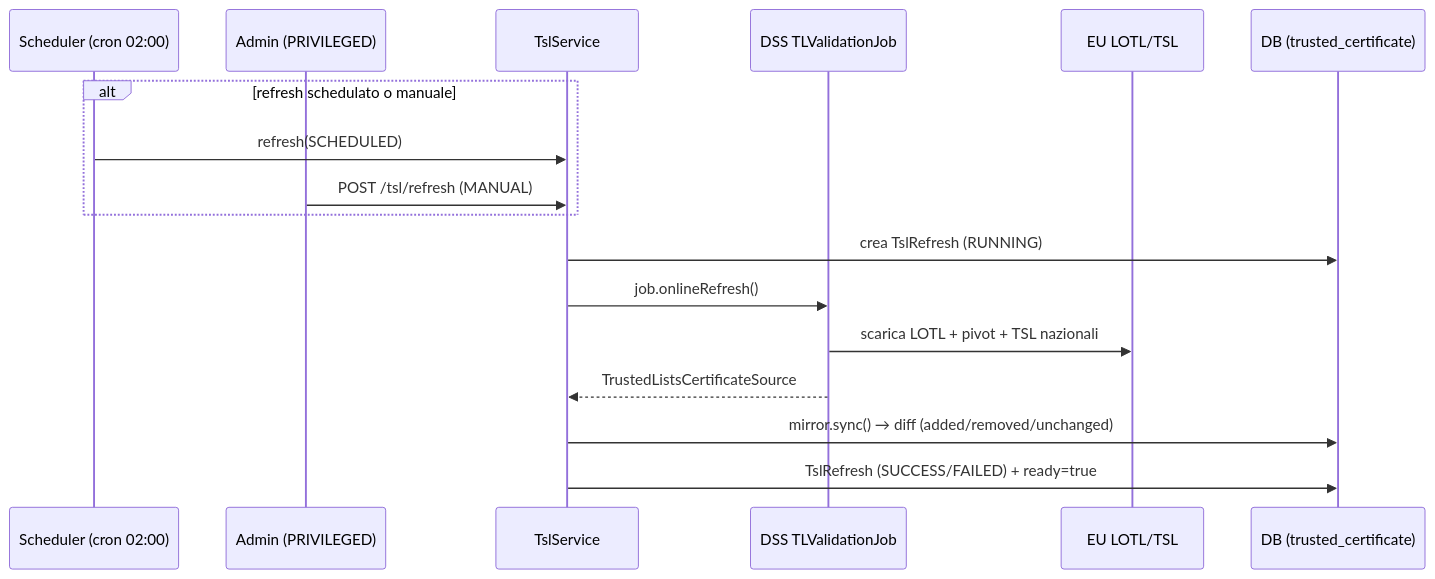
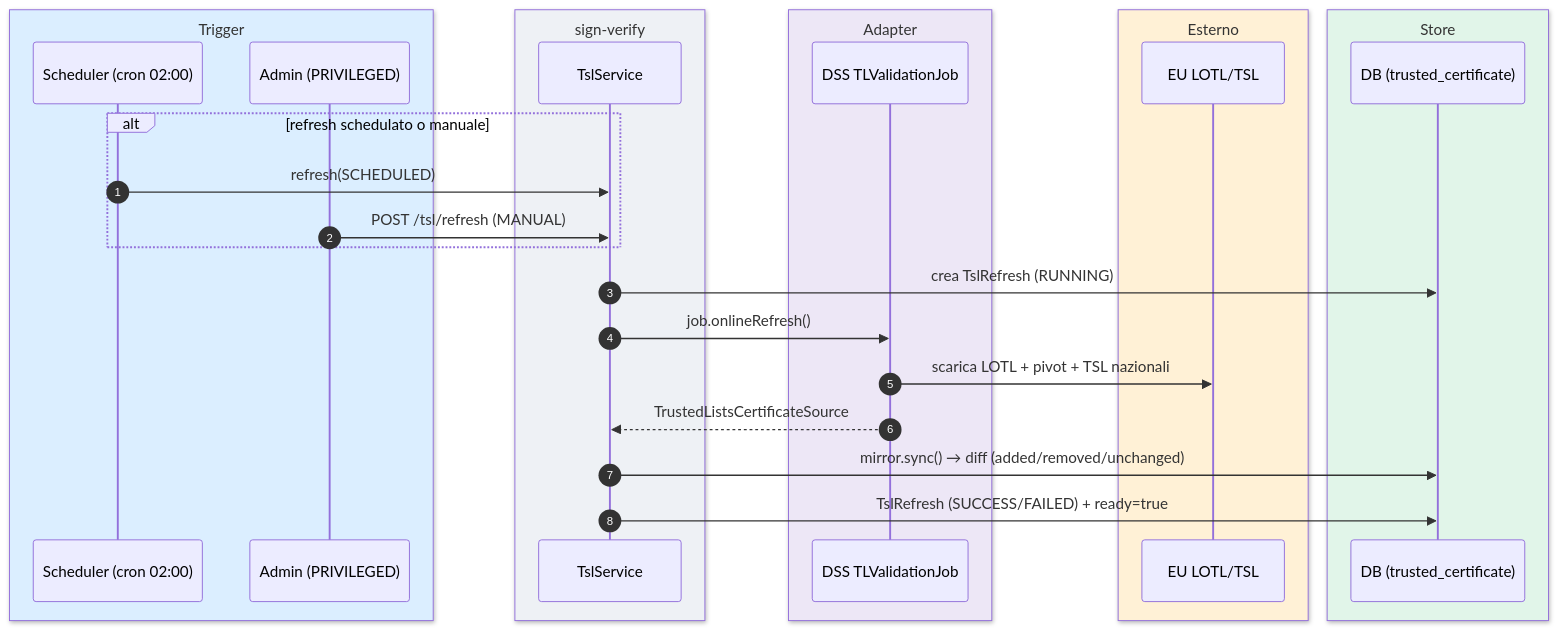
Before and after one commit to toresoft/sign-verify: the diagram in docs/it/04-trusted-certificates.md, drawn with Mermaid. The commit also changed other lines of this file and 23 other files, not shown here.

First line of the commit message:
docs: expand EN/IT guides with glossary and component-map diagram

````diff
--- a/docs/it/04-trusted-certificates.md
+++ b/docs/it/04-trusted-certificates.md
@@ -12,20 +12,31 @@
 ```mermaid
 sequenceDiagram
+    autonumber
+    box rgb(219,238,255) Trigger
     participant Sched as Scheduler (cron 02:00)
     participant Adm as Admin (PRIVILEGED)
+    end
+    box rgb(238,241,245) sign-verify
     participant T as TslService
+    end
+    box rgb(237,231,246) Adapter
     participant DSS as DSS TLValidationJob
+    end
+    box rgb(255,241,214) Esterno
     participant EU as EU LOTL/TSL
+    end
+    box rgb(225,245,233) Store
     participant DB as DB (trusted_certificate)
+    end
 
     alt refresh schedulato o manuale
         Sched->>T: refresh(SCHEDULED)
         Adm->>T: POST /tsl/refresh (MANUAL)
     end
     T->>DB: crea TslRefresh (RUNNING)
     T->>DSS: job.onlineRefresh()
     DSS->>EU: scarica LOTL + pivot + TSL nazionali
     DSS-->>T: TrustedListsCertificateSource
     T->>DB: mirror.sync() → diff (added/removed/unchanged)
     T->>DB: TslRefresh (SUCCESS/FAILED) + ready=true
 ```
````
